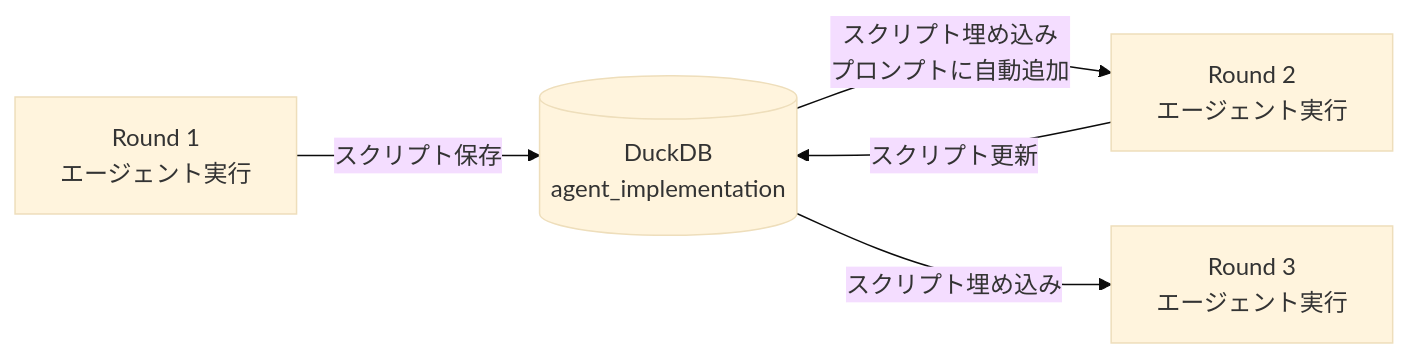
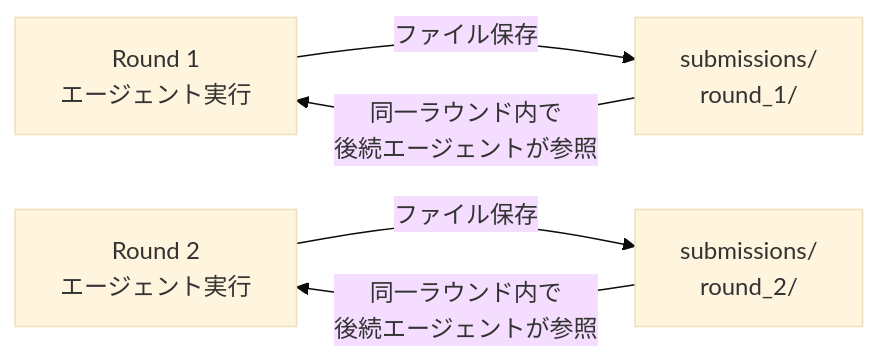
Before and after one commit to drillan/mixseek-quant-insight-plus: the third of 4 diagrams in docs/system-flow.md, drawn with Mermaid (base theme). The commit also changed other lines of this file and 10 other files, not shown here.

````diff
--- a/docs/system-flow.md
+++ b/docs/system-flow.md
@@ -166,7 +170,7 @@
 ```{mermaid}
 flowchart LR
-    R1["Round 1<br>エージェント実行"] -->|"スクリプト保存"| DB[(DuckDB<br>agent_implementation)]
-    DB -->|"スクリプト埋め込み<br>プロンプトに自動追加"| R2["Round 2<br>エージェント実行"]
-    R2 -->|"スクリプト更新"| DB
-    DB -->|"スクリプト埋め込み"| R3["Round 3<br>エージェント実行"]
+    R1["Round 1<br>エージェント実行"] -->|"ファイル保存"| FS1["submissions/<br>round_1/"]
+    FS1 -->|"同一ラウンド内で<br>後続エージェントが参照"| R1
+    R2["Round 2<br>エージェント実行"] -->|"ファイル保存"| FS2["submissions/<br>round_2/"]
+    FS2 -->|"同一ラウンド内で<br>後続エージェントが参照"| R2
 ```
````
